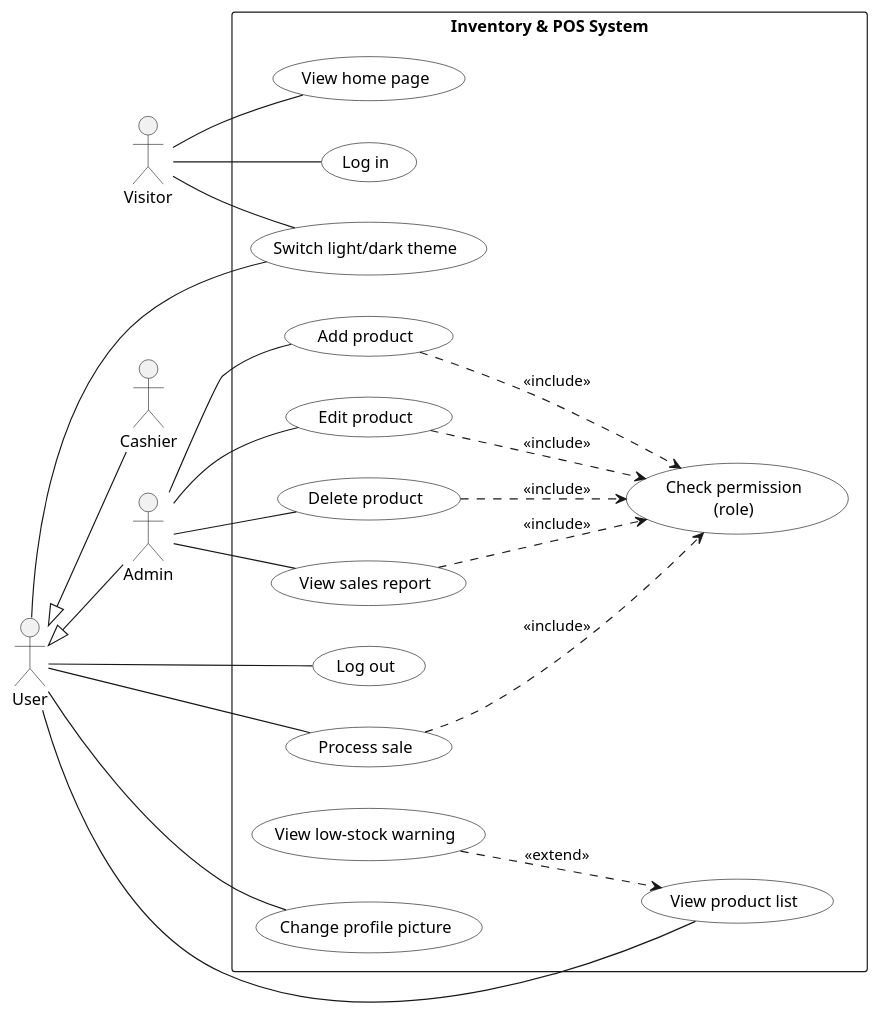
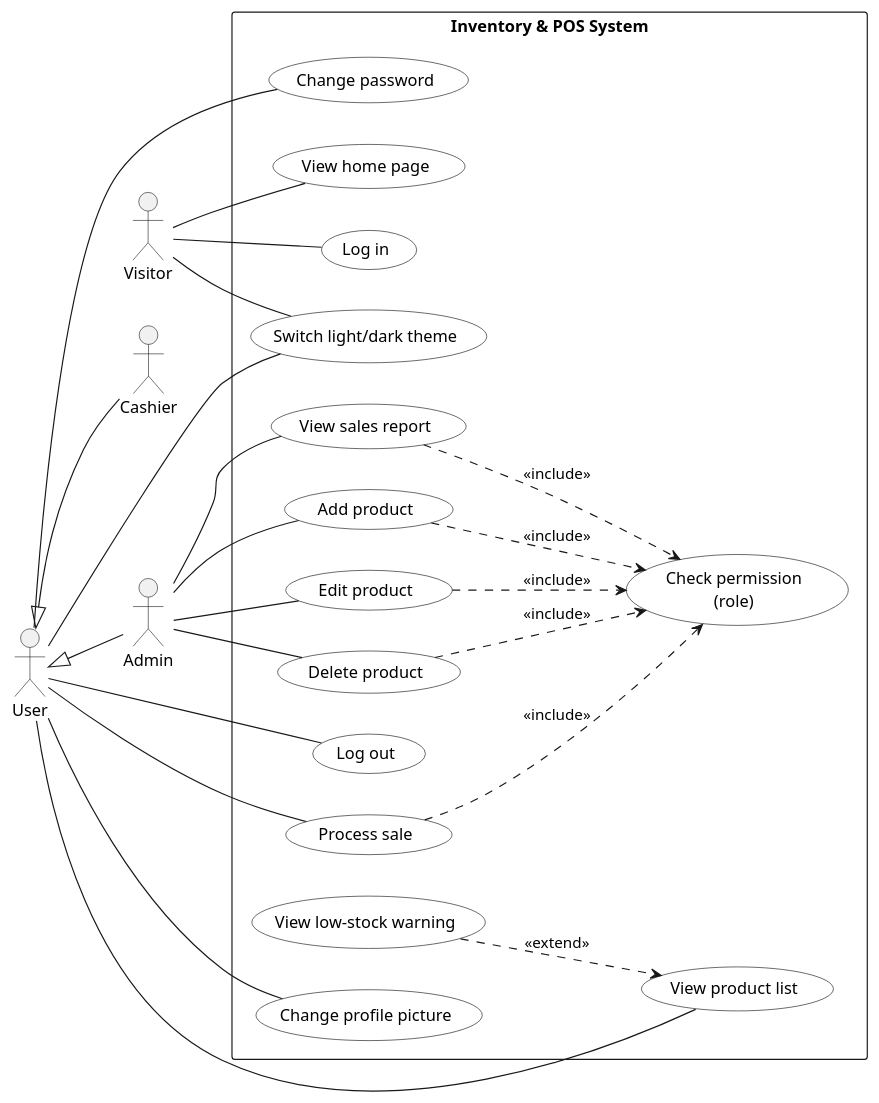
One commit to JmlAsync/inventory-pos-system changed the diagram in diagrams/use_case_diagram.puml. Above: the diagram before and after it, drawn with PlantUML. The commit also changed 2 other files, not shown here.

```diff
--- a/diagrams/use_case_diagram.puml
+++ b/diagrams/use_case_diagram.puml
@@ -1,60 +1,62 @@
 @startuml
-' Use case diagram - Inventory & POS System (v0.13.0: all use cases built)
+' Use case diagram - Inventory & POS System (v0.14.3: all use cases built)
 ' Paste into draw.io (Arrange > Insert > Advanced > PlantUML) or planttext.com
 ' Lines starting with an apostrophe are comments and are not drawn.
 
 left to right direction
 skinparam packageStyle rectangle
 skinparam usecase {
   BackgroundColor White
   BorderColor Black
 }
 
 actor Visitor
 actor User
 actor Admin
 actor Cashier
 
 ' Generalization: Admin and Cashier are kinds of User
 User <|-- Admin
 User <|-- Cashier
 
 rectangle "Inventory & POS System" {
   usecase "View home page" as UC01
   usecase "Log in" as UC02
   usecase "Log out" as UC03
   usecase "View product list" as UC04
   usecase "Add product" as UC05
   usecase "Edit product" as UC06
   usecase "Delete product" as UC07
   usecase "Check permission\n(role)" as CHK
   usecase "Process sale" as UC08
   usecase "View low-stock warning" as UC09
   usecase "View sales report" as UC10
   usecase "Change profile picture" as UC11
   usecase "Switch light/dark theme" as UC12
+  usecase "Change password" as UC13
 }
 
 Visitor -- UC01
 Visitor -- UC02
 Visitor -- UC12
 
 User -- UC03
 User -- UC04
 User -- UC08
 User -- UC11
 User -- UC12
+User -- UC13
 
 Admin -- UC05
 Admin -- UC06
 Admin -- UC07
 Admin -- UC10
 
 UC05 ..> CHK : <<include>>
 UC06 ..> CHK : <<include>>
 UC07 ..> CHK : <<include>>
 UC08 ..> CHK : <<include>>
 UC10 ..> CHK : <<include>>
 
 UC09 ..> UC04 : <<extend>>
 @enduml
```
